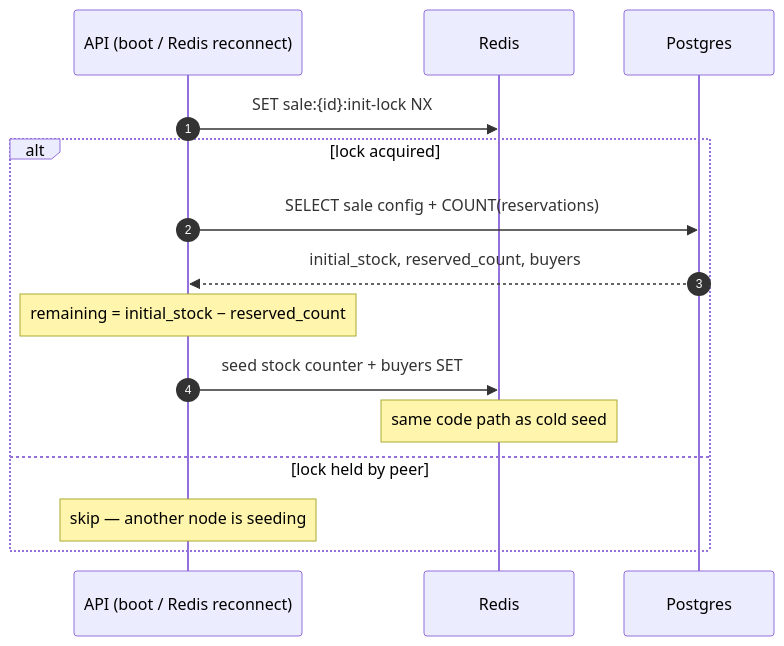
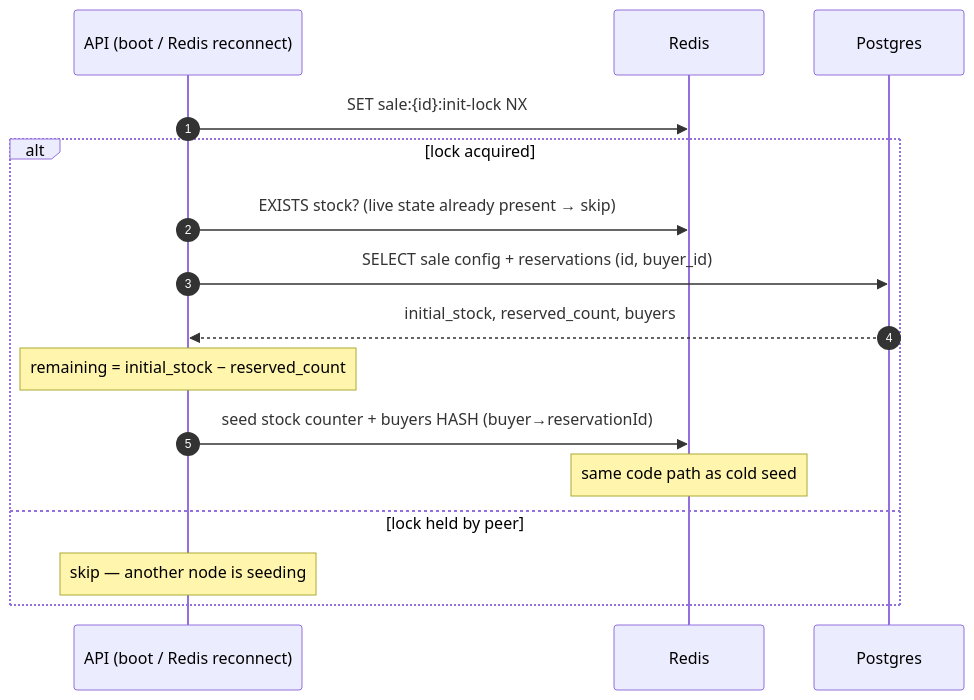
The fourth of 4 diagrams in docs/architecture.md (jayaregalinada/rush-sale-monorepo), drawn with Mermaid before and after one commit. The commit also changed other lines of this file and 1 other file, not shown here.

First line of the commit message:
docs: refresh architecture diagram to match current design

````diff
--- a/docs/architecture.md
+++ b/docs/architecture.md
@@ -107,18 +134,19 @@
 ```mermaid
 sequenceDiagram
     autonumber
     participant A as API (boot / Redis reconnect)
     participant R as Redis
     participant P as Postgres
 
     A->>R: SET sale:{id}:init-lock NX
     alt lock acquired
-        A->>P: SELECT sale config + COUNT(reservations)
+        A->>R: EXISTS stock? (live state already present → skip)
+        A->>P: SELECT sale config + reservations (id, buyer_id)
         P-->>A: initial_stock, reserved_count, buyers
         Note over A: remaining = initial_stock − reserved_count
-        A->>R: seed stock counter + buyers SET
+        A->>R: seed stock counter + buyers HASH (buyer→reservationId)
         Note over R: same code path as cold seed
     else lock held by peer
         Note over A: skip — another node is seeding
     end
 ```
````
